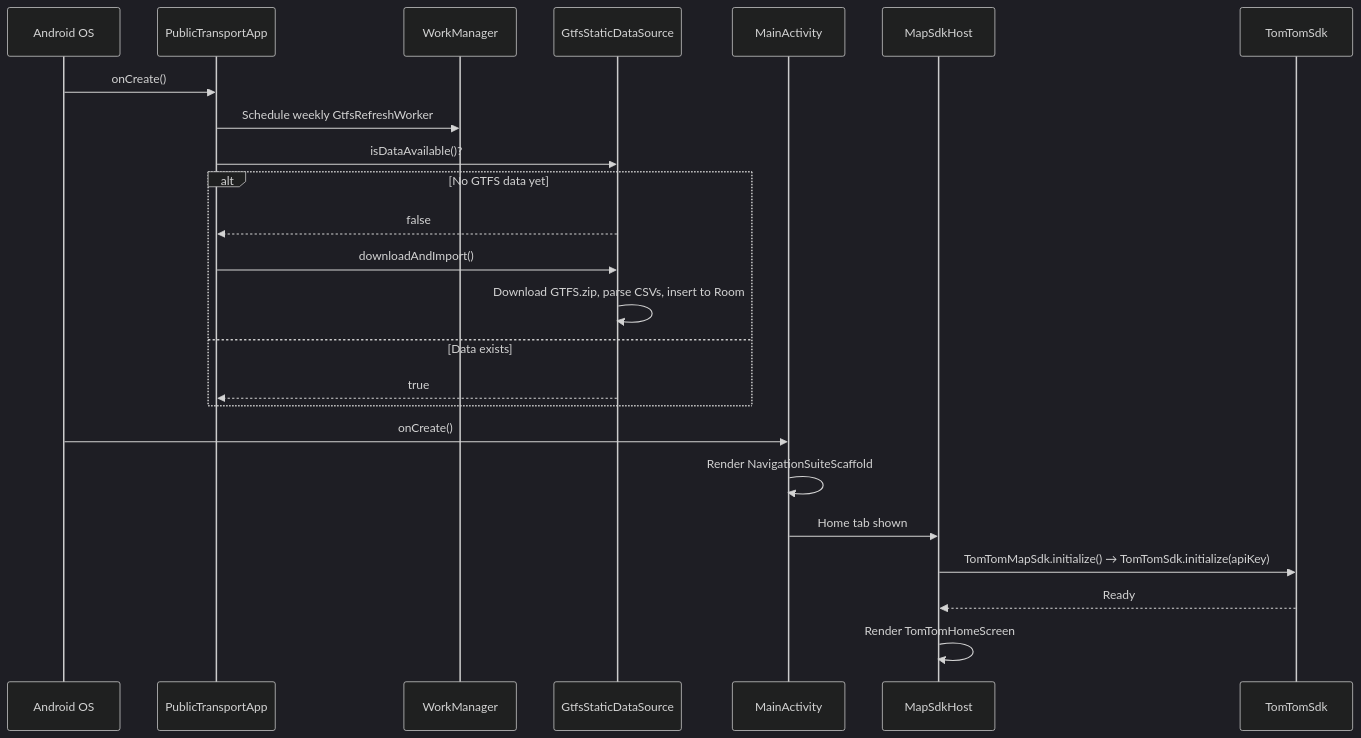
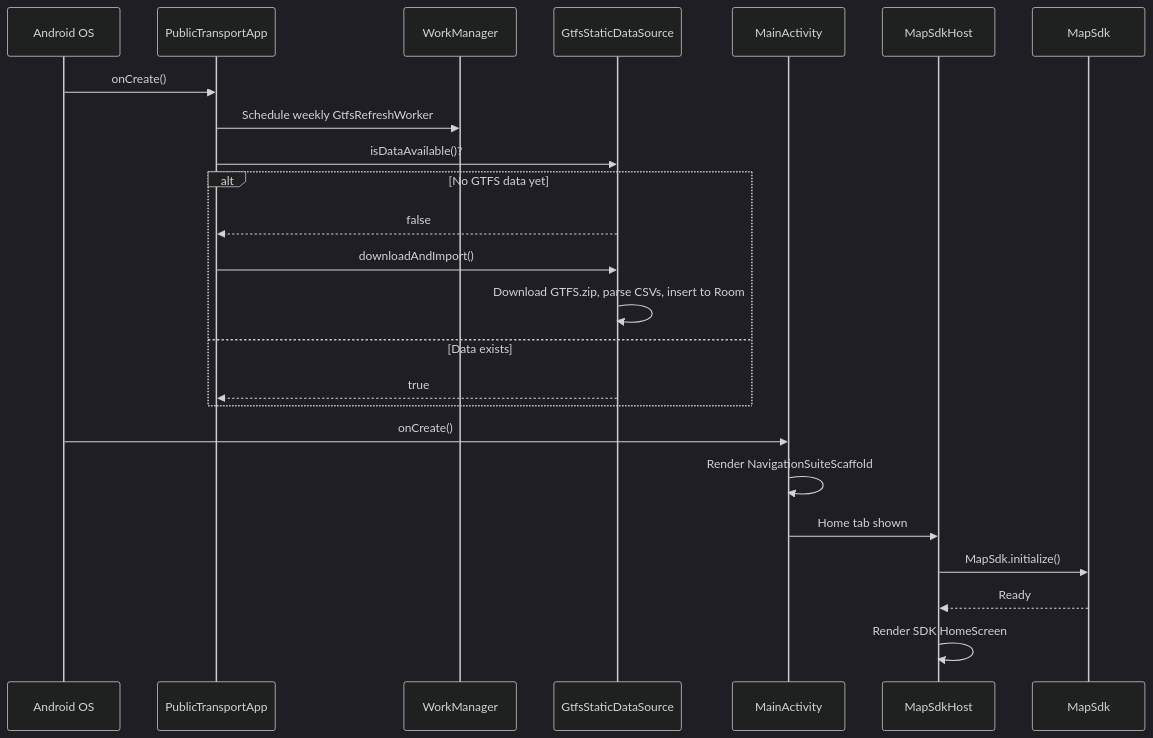
Before and after one commit to karczews/PublicTransportViewer: the ninth of 10 diagrams in docs/ARCHITECTURE.md, drawn with Mermaid (dark theme). The commit also changed other lines of this file and 23 other files, not shown here.

First line of the commit message:
feat: add MapLibre map SDK flavor (#73)

````diff
--- a/docs/ARCHITECTURE.md
+++ b/docs/ARCHITECTURE.md
@@ -417,27 +432,27 @@
 ```mermaid
 sequenceDiagram
     participant OS as Android OS
     participant App as PublicTransportApp
     participant WM as WorkManager
     participant SDS as GtfsStaticDataSource
     participant Act as MainActivity
     participant Host as MapSdkHost
-    participant SDK as TomTomSdk
+    participant SDK as MapSdk
 
     OS->>App: onCreate()
     App->>WM: Schedule weekly GtfsRefreshWorker
     App->>SDS: isDataAvailable()?
     alt No GTFS data yet
         SDS-->>App: false
         App->>SDS: downloadAndImport()
         SDS->>SDS: Download GTFS.zip, parse CSVs, insert to Room
     else Data exists
         SDS-->>App: true
     end
     OS->>Act: onCreate()
     Act->>Act: Render NavigationSuiteScaffold
     Act->>Host: Home tab shown
-    Host->>SDK: TomTomMapSdk.initialize() → TomTomSdk.initialize(apiKey)
+    Host->>SDK: MapSdk.initialize()
     SDK-->>Host: Ready
-    Host->>Host: Render TomTomHomeScreen
+    Host->>Host: Render SDK HomeScreen
 ```
````
